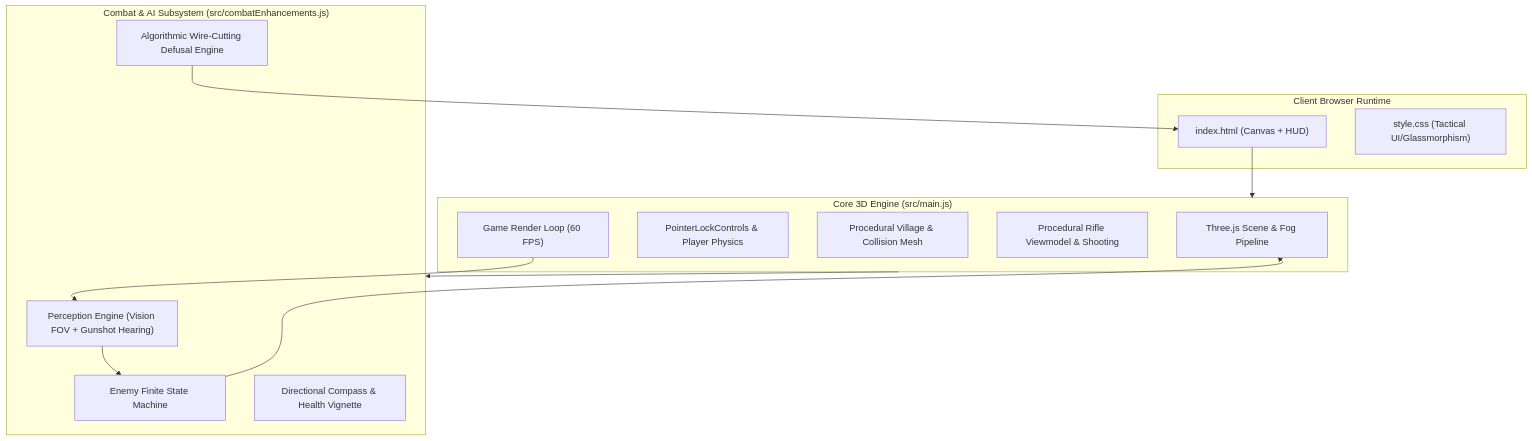
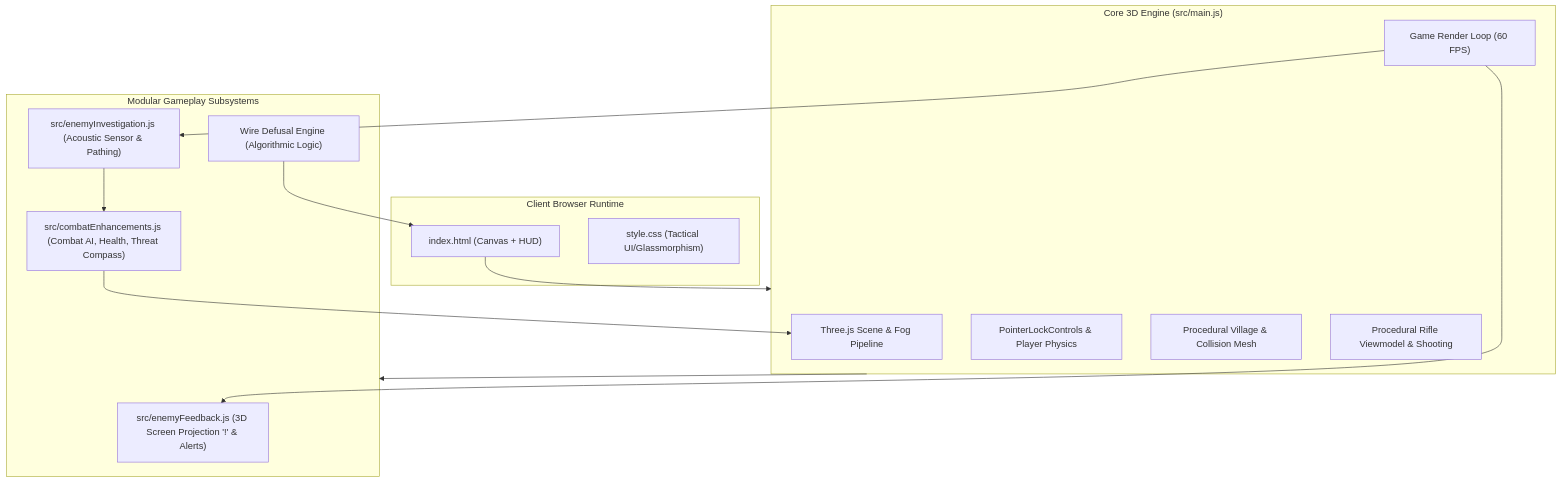
The first of 3 diagrams in README.md (Snigdha-0210/Bomb_Defusal), drawn with Mermaid before and after one commit. The commit also changed other lines of this file and 5 other files, not shown here.

Commit message:
feat: add 3D-to-2D projected enemy feedback markers and gunshot investigation AI

````diff
--- a/README.md
+++ b/README.md
@@ -56,29 +58,30 @@
 ```mermaid
 graph TB
     subgraph Client ["Client Browser Runtime"]
         HTML["index.html (Canvas + HUD)"]
         CSS["style.css (Tactical UI/Glassmorphism)"]
     end
 
     subgraph CoreEngine ["Core 3D Engine (src/main.js)"]
         ThreeScene["Three.js Scene & Fog Pipeline"]
         FPSControls["PointerLockControls & Player Physics"]
         VillageGen["Procedural Village & Collision Mesh"]
         WeaponView["Procedural Rifle Viewmodel & Shooting"]
         GameLoop["Game Render Loop (60 FPS)"]
     end
 
-    subgraph CombatAddon ["Combat & AI Subsystem (src/combatEnhancements.js)"]
-        Perception["Perception Engine (Vision FOV + Gunshot Hearing)"]
-        AIBrain["Enemy Finite State Machine"]
-        ThreatHUD["Directional Compass & Health Vignette"]
-        WirePuzzle["Algorithmic Wire-Cutting Defusal Engine"]
+    subgraph Systems ["Modular Gameplay Subsystems"]
+        Feedback["src/enemyFeedback.js (3D Screen Projection '!' & Alerts)"]
+        Investigate["src/enemyInvestigation.js (Acoustic Sensor & Pathing)"]
+        CombatAddon["src/combatEnhancements.js (Combat AI, Health, Threat Compass)"]
+        WirePuzzle["Wire Defusal Engine (Algorithmic Logic)"]
     end
 
     HTML --> CoreEngine
-    CoreEngine --> CombatAddon
-    GameLoop --> Perception
-    Perception --> AIBrain
-    AIBrain --> ThreeScene
+    CoreEngine --> Systems
+    GameLoop --> Feedback
+    GameLoop --> Investigate
+    Investigate --> CombatAddon
+    CombatAddon --> ThreeScene
     WirePuzzle --> HTML
 ```
````
